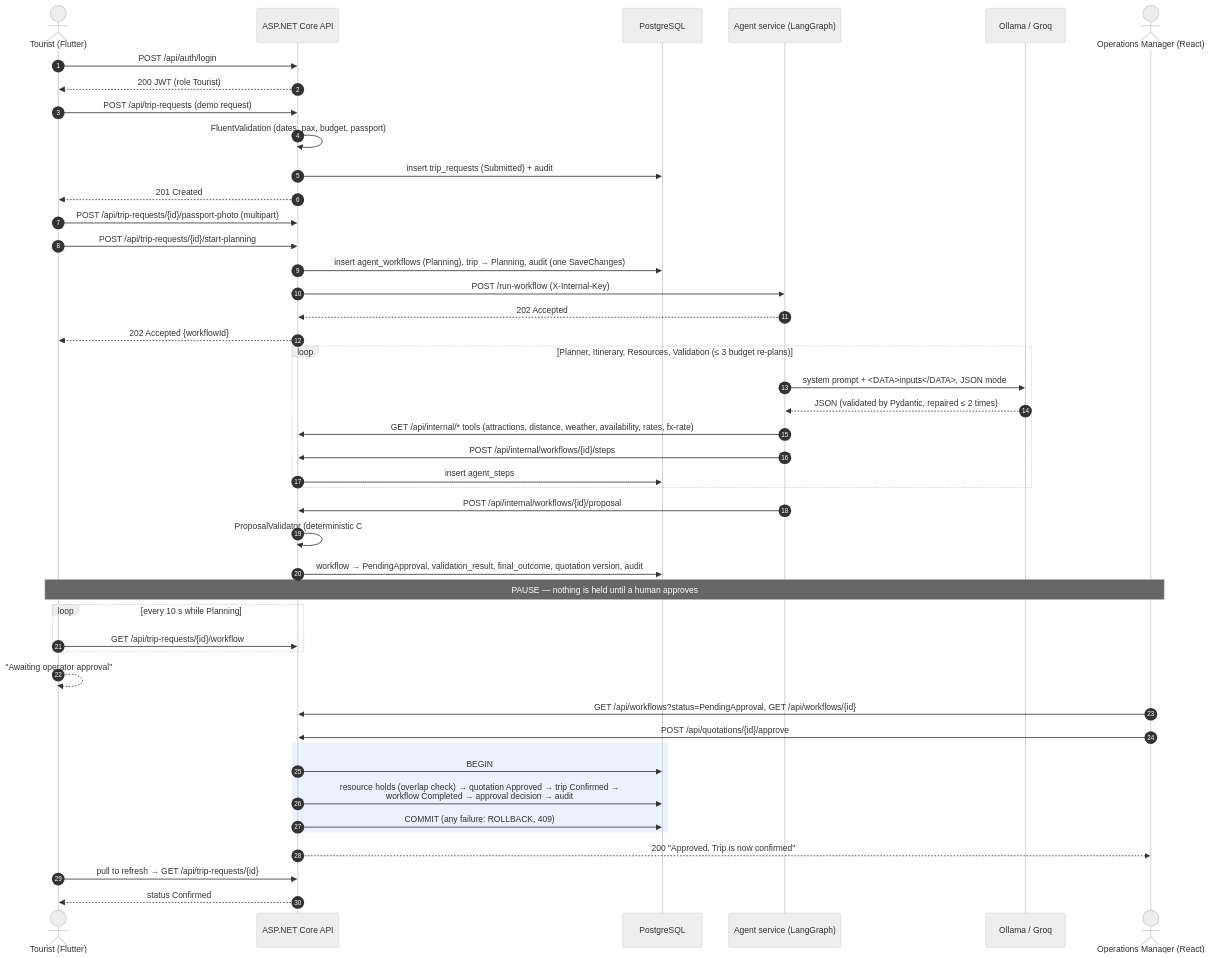
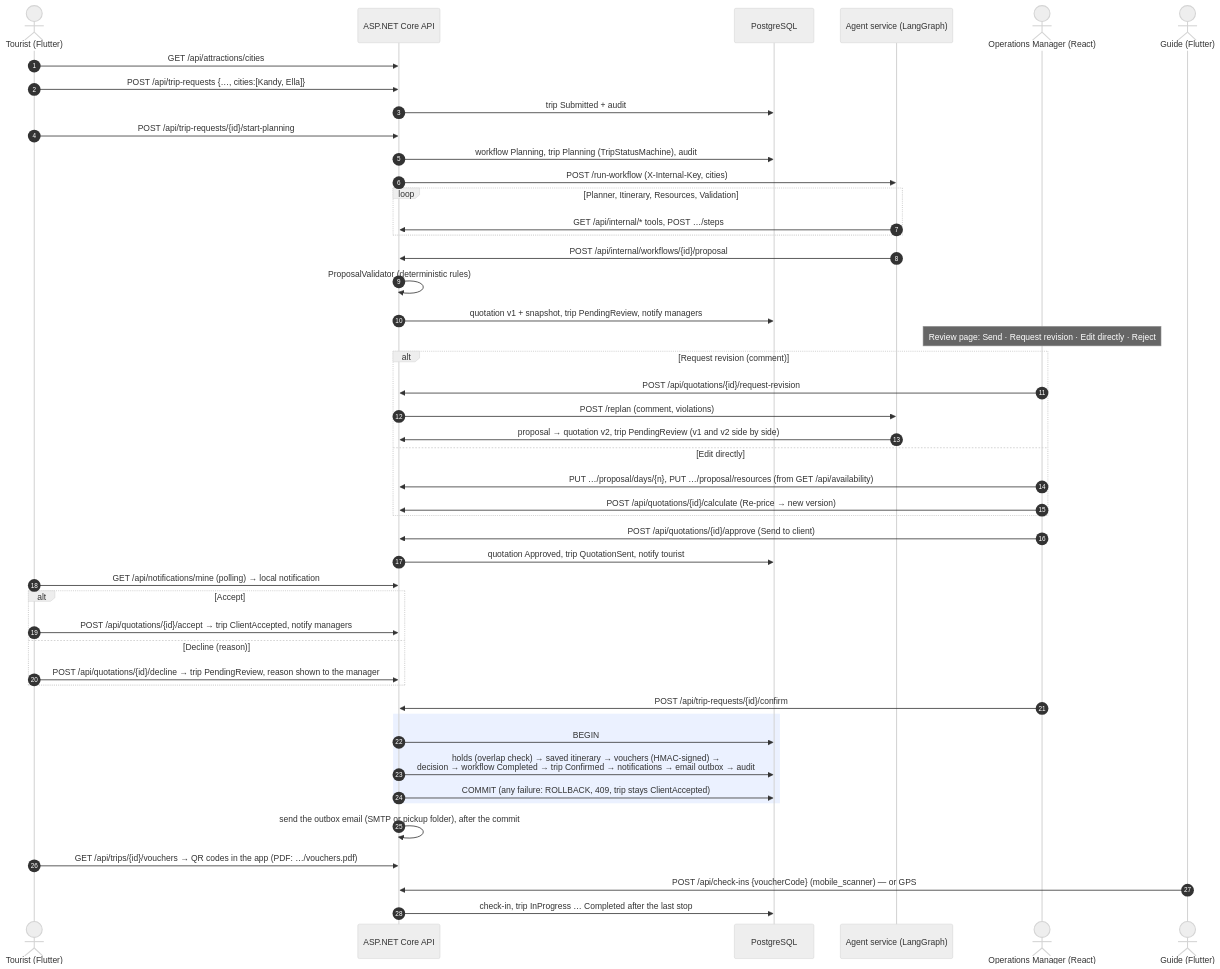
One commit to IT24103817/TripCraft changed the second of 2 diagrams in docs/diagrams/workflow.md. Above: the diagram before and after it, drawn with Mermaid (neutral theme). The commit also changed other lines of this file and 279 other files, not shown here.

````diff
--- a/docs/diagrams/workflow.md
+++ b/docs/diagrams/workflow.md
@@ -5,51 +45,51 @@
 ```mermaid
 sequenceDiagram
     autonumber
     actor T as Tourist (Flutter)
     participant API as ASP.NET Core API
     participant DB as PostgreSQL
     participant AG as Agent service (LangGraph)
-    participant LLM as Ollama / Groq
     actor OM as Operations Manager (React)
+    actor G as Guide (Flutter)
 
-    T->>API: POST /api/auth/login
-    API-->>T: 200 JWT (role Tourist)
-    T->>API: POST /api/trip-requests (demo request)
-    API->>API: FluentValidation (dates, pax, budget, passport)
-    API->>DB: insert trip_requests (Submitted) + audit
-    API-->>T: 201 Created
-    T->>API: POST /api/trip-requests/{id}/passport-photo (multipart)
+    T->>API: GET /api/attractions/cities
+    T->>API: POST /api/trip-requests {…, cities:[Kandy, Ella]}
+    API->>DB: trip Submitted + audit
     T->>API: POST /api/trip-requests/{id}/start-planning
-    API->>DB: insert agent_workflows (Planning), trip → Planning, audit (one SaveChanges)
-    API->>AG: POST /run-workflow (X-Internal-Key)
-    AG-->>API: 202 Accepted
-    API-->>T: 202 Accepted {workflowId}
-
-    loop Planner, Itinerary, Resources, Validation (≤ 3 budget re-plans)
-        AG->>LLM: system prompt + <DATA>inputs</DATA>, JSON mode
-        LLM-->>AG: JSON (validated by Pydantic, repaired ≤ 2 times)
-        AG->>API: GET /api/internal/* tools (attractions, distance, weather, availability, rates, fx-rate)
-        AG->>API: POST /api/internal/workflows/{id}/steps
-        API->>DB: insert agent_steps
+    API->>DB: workflow Planning, trip Planning (TripStatusMachine), audit
+    API->>AG: POST /run-workflow (X-Internal-Key, cities)
+    loop Planner, Itinerary, Resources, Validation
+        AG->>API: GET /api/internal/* tools, POST …/steps
     end
     AG->>API: POST /api/internal/workflows/{id}/proposal
-    API->>API: ProposalValidator (deterministic C# rules)
-    API->>DB: workflow → PendingApproval, validation_result, final_outcome, quotation version, audit
+    API->>API: ProposalValidator (deterministic rules)
+    API->>DB: quotation v1 + snapshot, trip PendingReview, notify managers
 
-    Note over T,OM: PAUSE — nothing is held until a human approves
-    loop every 10 s while Planning
-        T->>API: GET /api/trip-requests/{id}/workflow
+    Note over OM: Review page: Send · Request revision · Edit directly · Reject
+    alt Request revision (comment)
+        OM->>API: POST /api/quotations/{id}/request-revision
+        API->>AG: POST /replan (comment, violations)
+        AG->>API: proposal → quotation v2, trip PendingReview (v1 and v2 side by side)
+    else Edit directly
+        OM->>API: PUT …/proposal/days/{n}, PUT …/proposal/resources (from GET /api/availability)
+        OM->>API: POST /api/quotations/{id}/calculate (Re-price → new version)
     end
-    T-->>T: "Awaiting operator approval"
-
-    OM->>API: GET /api/workflows?status=PendingApproval, GET /api/workflows/{id}
-    OM->>API: POST /api/quotations/{id}/approve
+    OM->>API: POST /api/quotations/{id}/approve (Send to client)
+    API->>DB: quotation Approved, trip QuotationSent, notify tourist
+    T->>API: GET /api/notifications/mine (polling) → local notification
+    alt Accept
+        T->>API: POST /api/quotations/{id}/accept → trip ClientAccepted, notify managers
+    else Decline (reason)
+        T->>API: POST /api/quotations/{id}/decline → trip PendingReview, reason shown to the manager
+    end
+    OM->>API: POST /api/trip-requests/{id}/confirm
     rect rgba(120, 160, 255, 0.15)
         API->>DB: BEGIN
-        API->>DB: resource holds (overlap check) → quotation Approved → trip Confirmed →<br/>workflow Completed → approval decision → audit
-        API->>DB: COMMIT (any failure: ROLLBACK, 409)
+        API->>DB: holds (overlap check) → saved itinerary → vouchers (HMAC-signed) →<br/>decision → workflow Completed → trip Confirmed → notifications → email outbox → audit
+        API->>DB: COMMIT (any failure: ROLLBACK, 409, trip stays ClientAccepted)
     end
-    API-->>OM: 200 "Approved. Trip is now confirmed"
-    T->>API: pull to refresh → GET /api/trip-requests/{id}
-    API-->>T: status Confirmed
+    API->>API: send the outbox email (SMTP or pickup folder), after the commit
+    T->>API: GET /api/trips/{id}/vouchers → QR codes in the app (PDF: …/vouchers.pdf)
+    G->>API: POST /api/check-ins {voucherCode} (mobile_scanner) — or GPS
+    API->>DB: check-in, trip InProgress … Completed after the last stop
 ```
````
